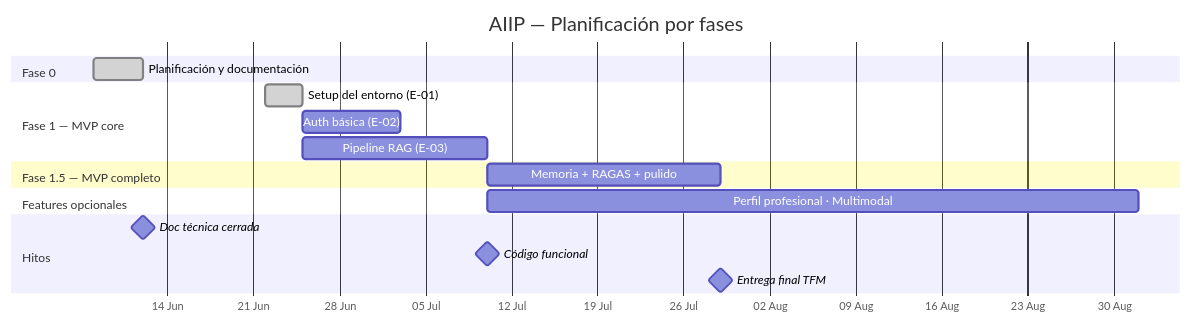
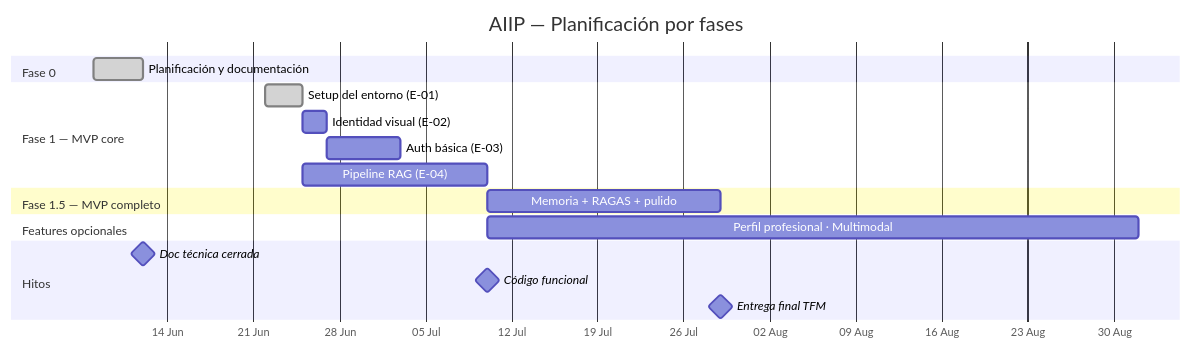
Before and after one commit to mimpho/aiip: the diagram in README.md, drawn with Mermaid. The commit also changed 4 other files, not shown here.

Commit message:
docs(E02): add visual identity design brief and update backlog and roadmap to include UI theming epic

````diff
--- a/README.md
+++ b/README.md
@@ -46,25 +46,26 @@
 ```mermaid
 gantt
     title AIIP — Planificación por fases
     dateFormat  YYYY-MM-DD
     axisFormat  %d %b
 
     section Fase 0
     Planificación y documentación     :done,    f0, 2026-06-08, 2026-06-12
 
     section Fase 1 — MVP core
     Setup del entorno (E-01)          :done,    f1a, 2026-06-22, 2026-06-25
-    Auth básica (E-02)                :         f1b, 2026-06-25, 2026-07-03
-    Pipeline RAG (E-03)               :         f1c, 2026-06-25, 2026-07-10
+    Identidad visual (E-02)           :         f1b, 2026-06-25, 2026-06-27
+    Auth básica (E-03)                :         f1c, 2026-06-27, 2026-07-03
+    Pipeline RAG (E-04)               :         f1d, 2026-06-25, 2026-07-10
 
     section Fase 1.5 — MVP completo
     Memoria + RAGAS + pulido          :         f15, 2026-07-10, 2026-07-29
 
     section Features opcionales
     Perfil profesional · Multimodal   :         fo, 2026-07-10, 2026-09-01
 
     section Hitos
     Doc técnica cerrada               :milestone, 2026-06-12, 0d
     Código funcional                  :milestone, 2026-07-10, 0d
     Entrega final TFM                 :milestone, 2026-07-29, 0d
 ```
````
